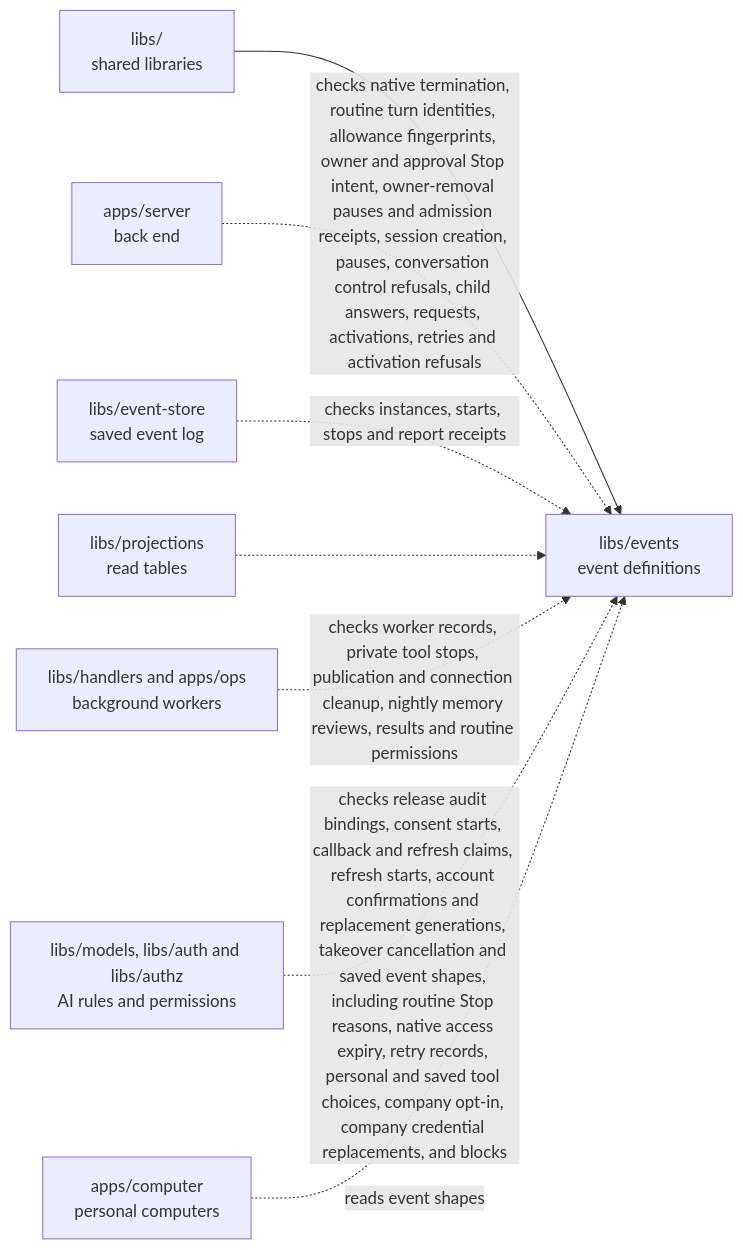
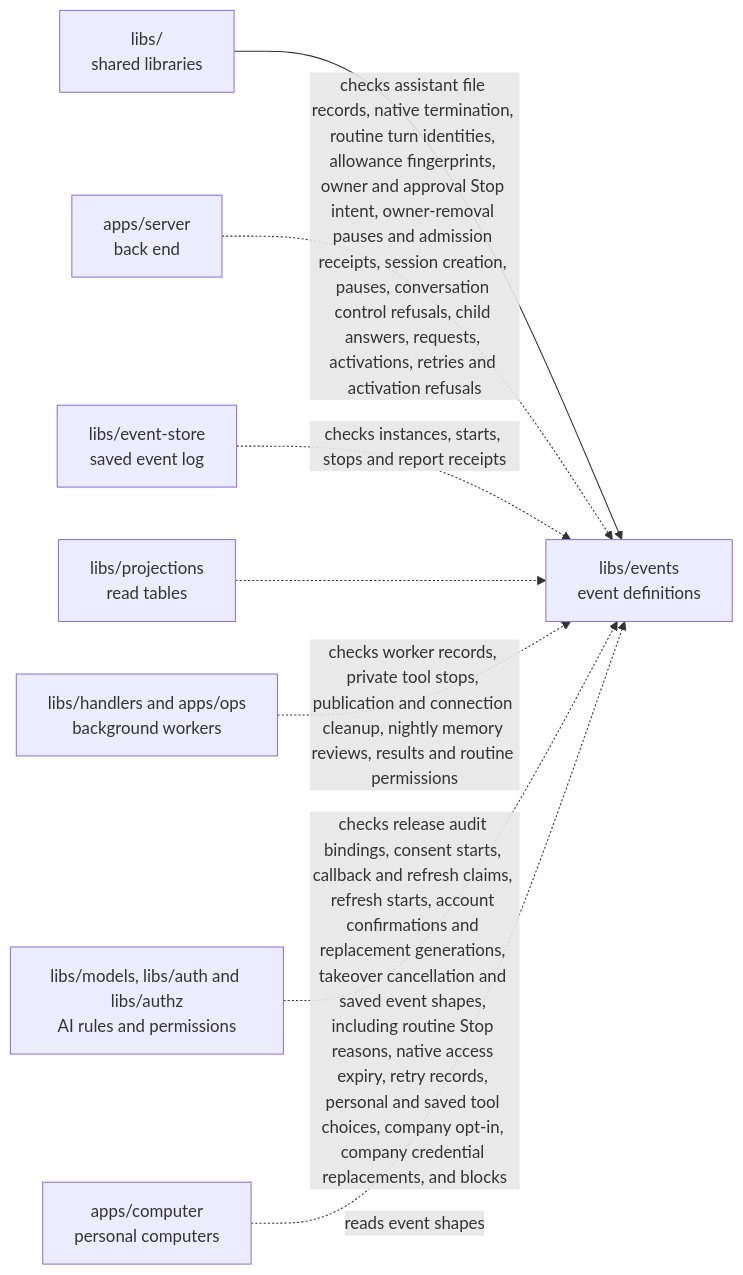
The diagram in libs/events/README.md (elewa-git/opencrane-new), drawn with Mermaid before and after one commit. The commit also changed other lines of this file and 40 other files, not shown here.

Commit message:
📎 Publish assistant files through the upload checks

````diff
--- a/libs/events/README.md
+++ b/libs/events/README.md
@@ -43,10 +43,10 @@
 ```mermaid
 flowchart LR
   parent["libs/<br/>shared libraries"] --> events["libs/events<br/>event definitions"]
-  server["apps/server<br/>back end"] -.->|checks native termination, routine turn identities, allowance fingerprints, owner and approval Stop intent, owner-removal pauses and admission receipts, session creation, pauses, conversation control refusals, child answers, requests, activations, retries and activation refusals| events
+  server["apps/server<br/>back end"] -.->|checks assistant file records, native termination, routine turn identities, allowance fingerprints, owner and approval Stop intent, owner-removal pauses and admission receipts, session creation, pauses, conversation control refusals, child answers, requests, activations, retries and activation refusals| events
   store["libs/event-store<br/>saved event log"] -.->|checks instances, starts, stops and report receipts| events
   projections["libs/projections<br/>read tables"] -.-> events
   workers["libs/handlers and apps/ops<br/>background workers"] -.->|checks worker records, private tool stops, publication and connection cleanup, nightly memory reviews, results and routine permissions| events
   models["libs/models, libs/auth and libs/authz<br/>AI rules and permissions"] -.->|checks release audit bindings, consent starts, callback and refresh claims, refresh starts, account confirmations and replacement generations, takeover cancellation and saved event shapes, including routine Stop reasons, native access expiry, retry records, personal and saved tool choices, company opt-in, company credential replacements, and blocks| events
   computer["apps/computer<br/>personal computers"] -.->|reads event shapes| events
 ```
````
